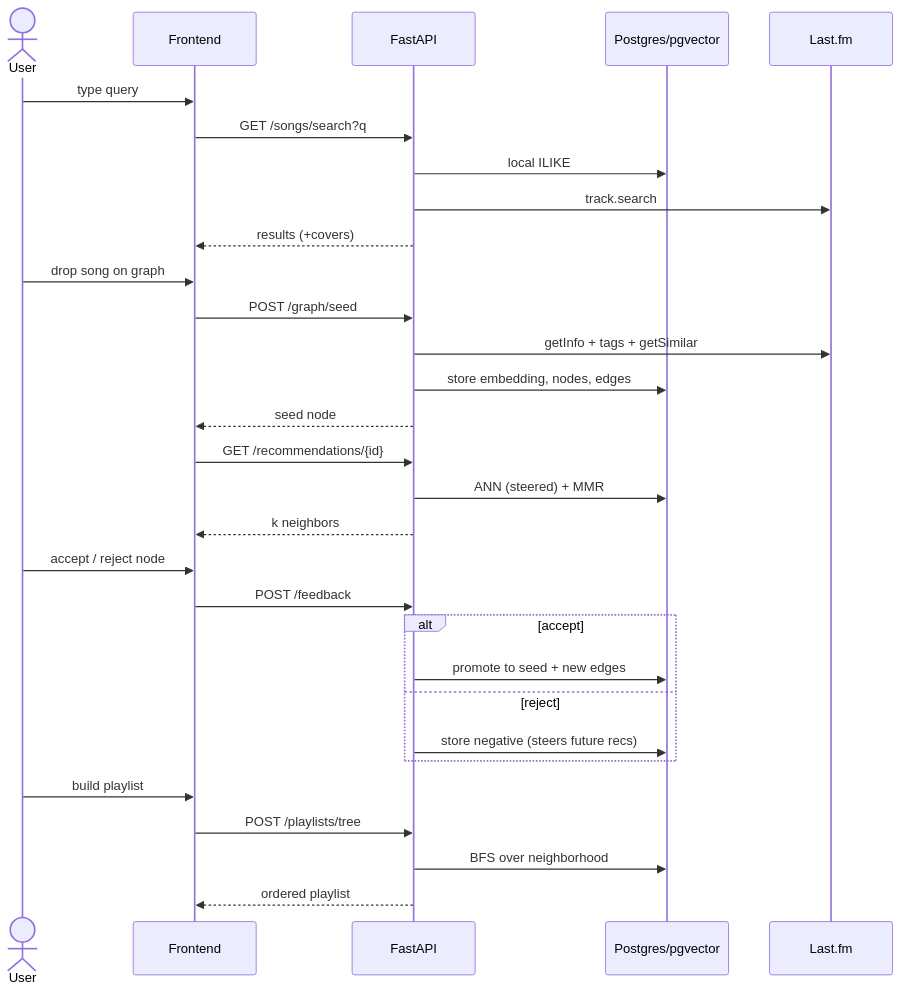
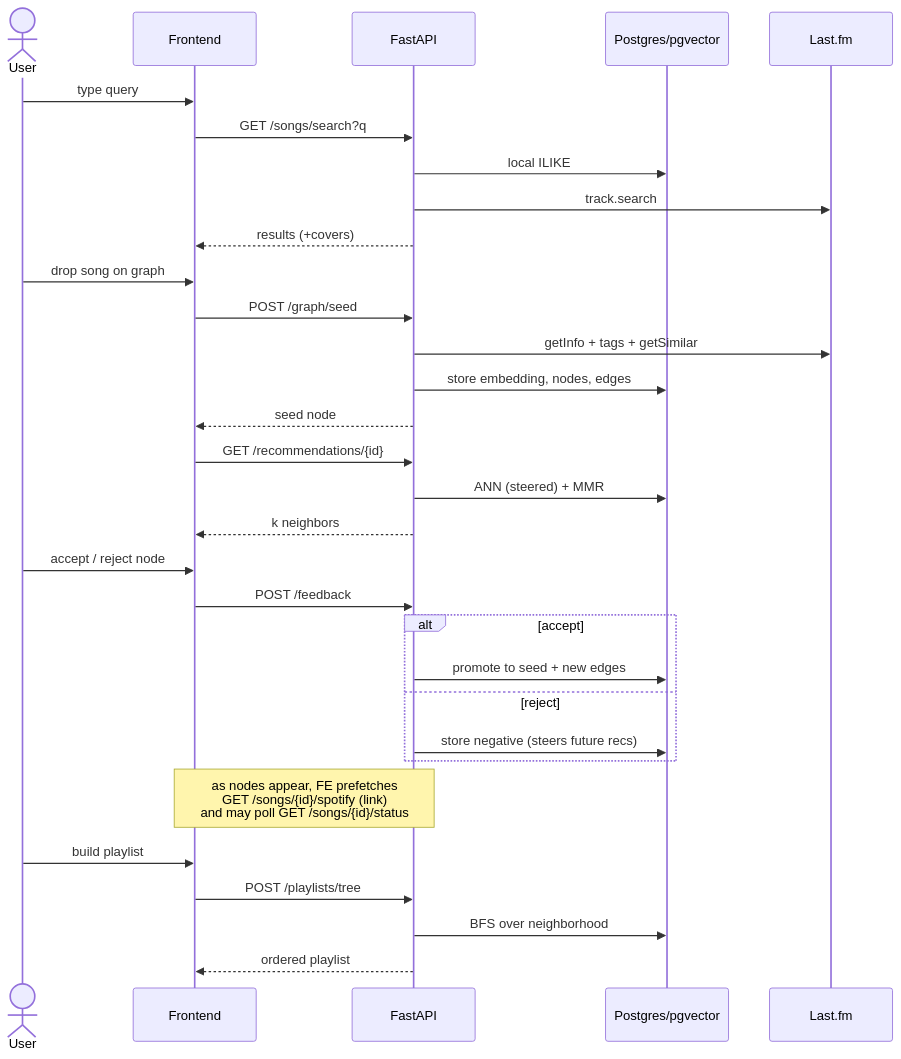
One commit to pedro-boudoux/discover changed diagram 12 of 13 in ARCHITECTURE.md. Above: the diagram before and after it, drawn with Mermaid. The commit also changed other lines of this file, not shown here.

First line of the commit message:
Sync ARCHITECTURE.md with current code

````diff
--- a/ARCHITECTURE.md
+++ b/ARCHITECTURE.md
@@ -303,37 +368,39 @@
 ```mermaid
 sequenceDiagram
     actor U as User
     participant FE as Frontend
     participant API as FastAPI
     participant DB as Postgres/pgvector
     participant LF as Last.fm
 
     U->>FE: type query
     FE->>API: GET /songs/search?q
     API->>DB: local ILIKE
     API->>LF: track.search
     API-->>FE: results (+covers)
 
     U->>FE: drop song on graph
     FE->>API: POST /graph/seed
     API->>LF: getInfo + tags + getSimilar
     API->>DB: store embedding, nodes, edges
     API-->>FE: seed node
 
     FE->>API: GET /recommendations/{id}
     API->>DB: ANN (steered) + MMR
     API-->>FE: k neighbors
 
     U->>FE: accept / reject node
     FE->>API: POST /feedback
     alt accept
         API->>DB: promote to seed + new edges
     else reject
         API->>DB: store negative (steers future recs)
     end
 
+    Note over FE,API: as nodes appear, FE prefetches<br/>GET /songs/{id}/spotify (link)<br/>and may poll GET /songs/{id}/status
+
     U->>FE: build playlist
     FE->>API: POST /playlists/tree
     API->>DB: BFS over neighborhood
     API-->>FE: ordered playlist
 ```
````
